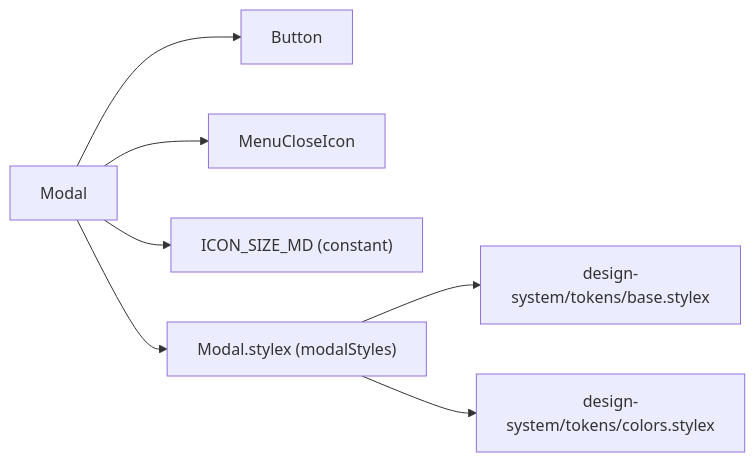
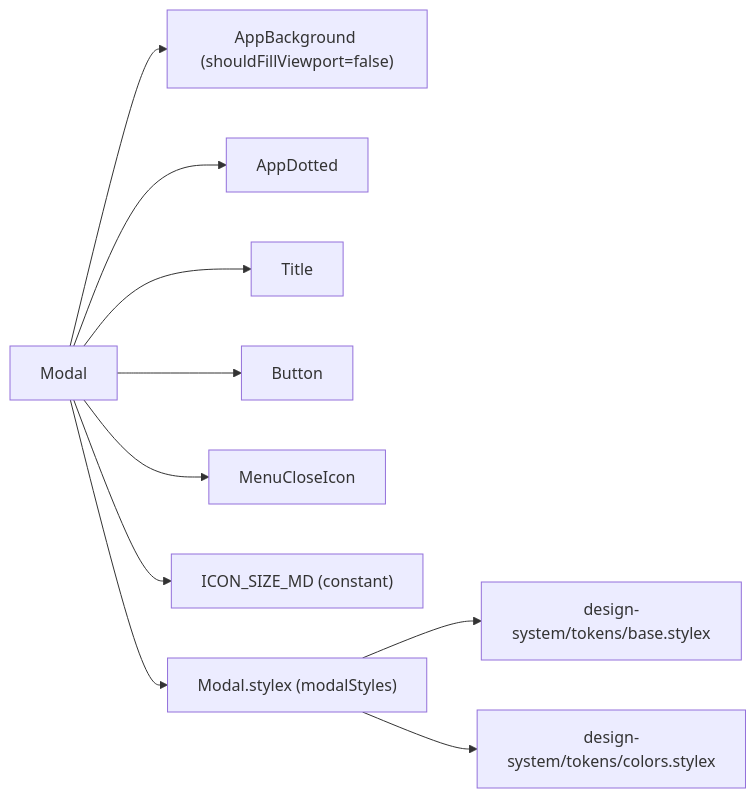
One commit to luciocabrera/lcabrera-stack changed the first of 3 diagrams in packages/ui/src/components/Modal/ARCHITECTURE.md. Above: the diagram before and after it, drawn with Mermaid. The commit also changed other lines of this file and 8 other files, not shown here.

Commit message:
feat(ui): enhance AppBackground and Modal components with viewport height control and new architecture documentation

````diff
--- a/packages/ui/src/components/Modal/ARCHITECTURE.md
+++ b/packages/ui/src/components/Modal/ARCHITECTURE.md
@@ -17,9 +18,12 @@
 ```mermaid
 graph LR
+  Modal --> AppBackground["AppBackground (shouldFillViewport=false)"]
+  Modal --> AppDotted
+  Modal --> Title
   Modal --> Button
   Modal --> MenuCloseIcon
   Modal --> ICON_SIZE_MD["ICON_SIZE_MD (constant)"]
   Modal --> Modal_stylex["Modal.stylex (modalStyles)"]
   Modal_stylex --> base_tokens["design-system/tokens/base.stylex"]
   Modal_stylex --> colors["design-system/tokens/colors.stylex"]
 ```
````
